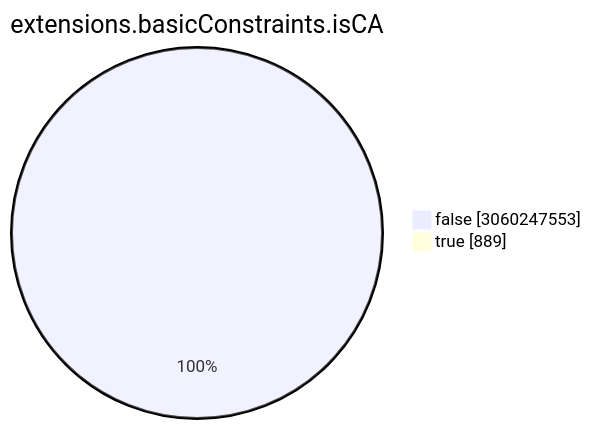
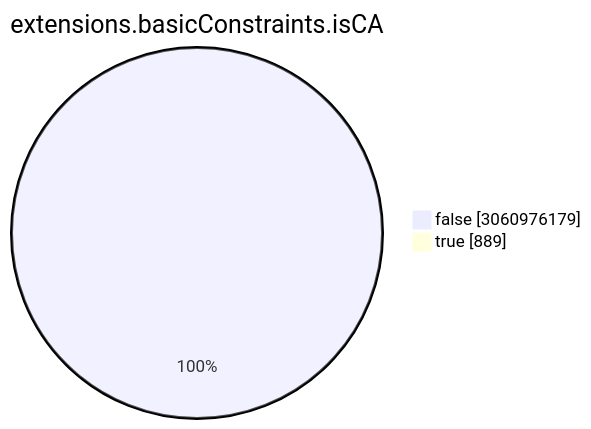
Before and after one commit to christiankrug/ctmonitor_visualization: the seventh of 15 diagrams in TOTAL/README.md, drawn with Mermaid. The commit also changed other lines of this file, not shown here.

````diff
--- a/TOTAL/README.md
+++ b/TOTAL/README.md
@@ -3088,6 +3088,6 @@
 ```mermaid
 pie showData
 title extensions.basicConstraints.isCA
-"false" :3060247553
+"false" :3060976179
 "true" :889
 ```
````
